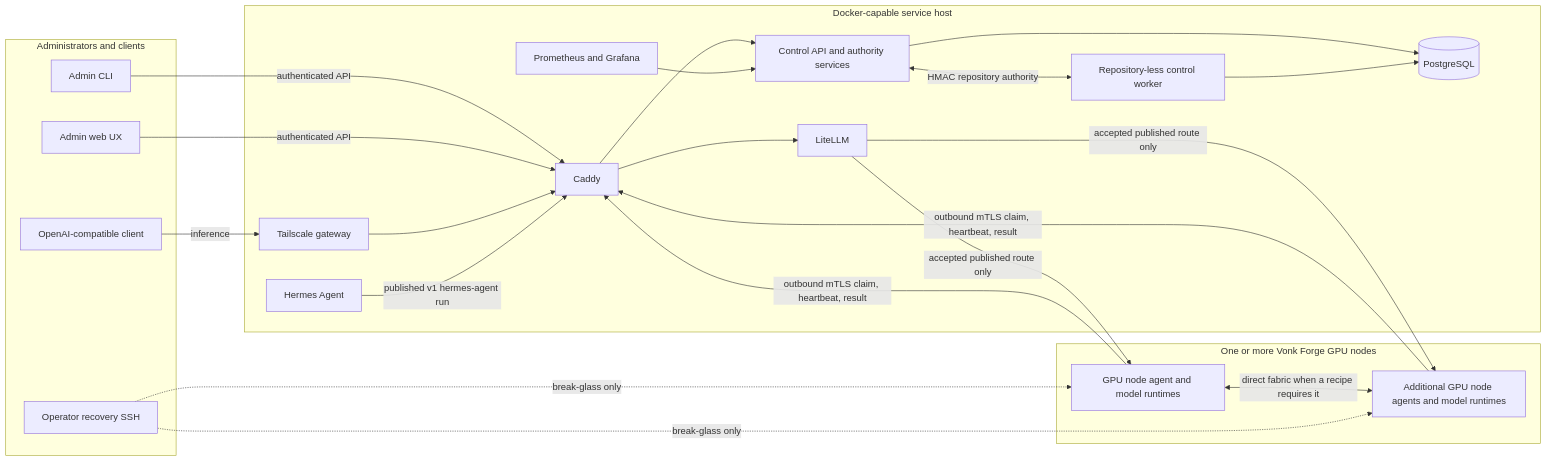
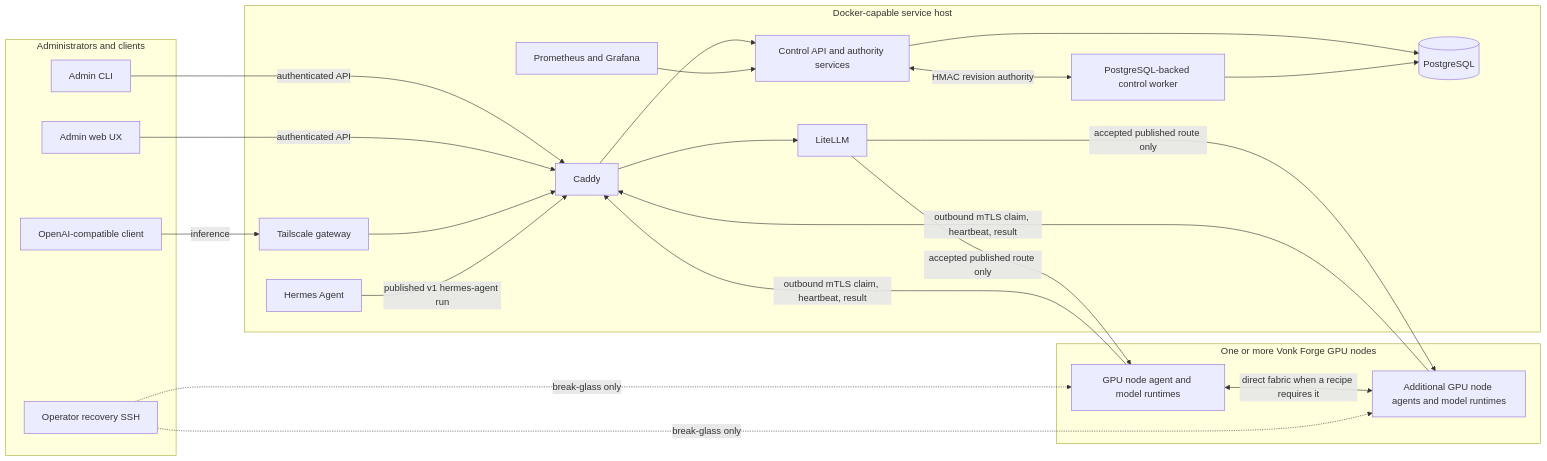
The diagram in docs/architecture-overview.md (CarstVaartjes/vonk-forge), drawn with Mermaid before and after one commit. The commit also changed other lines of this file and 131 other files, not shown here.

Commit message:
Move control authority state to PostgreSQL

````diff
--- a/docs/architecture-overview.md
+++ b/docs/architecture-overview.md
@@ -16,42 +16,42 @@
 ```mermaid
 flowchart LR
     subgraph users[Administrators and clients]
         cli[Admin CLI]
         web[Admin web UX]
         client[OpenAI-compatible client]
         operator[Operator recovery SSH]
     end
 
     subgraph host[Docker-capable service host]
         tailscale[Tailscale gateway]
         caddy[Caddy]
         api[Control API and authority services]
-        worker[Repository-less control worker]
+        worker[PostgreSQL-backed control worker]
         db[(PostgreSQL)]
         litellm[LiteLLM]
         hermes[Hermes Agent]
         telemetry[Prometheus and Grafana]
     end
 
     subgraph nodes[One or more Vonk Forge GPU nodes]
         s1[GPU node agent and model runtimes]
         sn[Additional GPU node agents and model runtimes]
     end
 
     cli -->|authenticated API| caddy
     web -->|authenticated API| caddy
     client -->|inference| tailscale --> caddy --> litellm
     caddy --> api
     api --> db
     worker --> db
-    api <-->|HMAC repository authority| worker
+    api <-->|HMAC revision authority| worker
     hermes -->|published v1 hermes-agent run| caddy
     telemetry --> api
     litellm -->|accepted published route only| s1
     litellm -->|accepted published route only| sn
     s1 -->|outbound mTLS claim, heartbeat, result| caddy
     sn -->|outbound mTLS claim, heartbeat, result| caddy
     s1 <-->|direct fabric when a recipe requires it| sn
     operator -. break-glass only .-> s1
     operator -. break-glass only .-> sn
 ```
````
